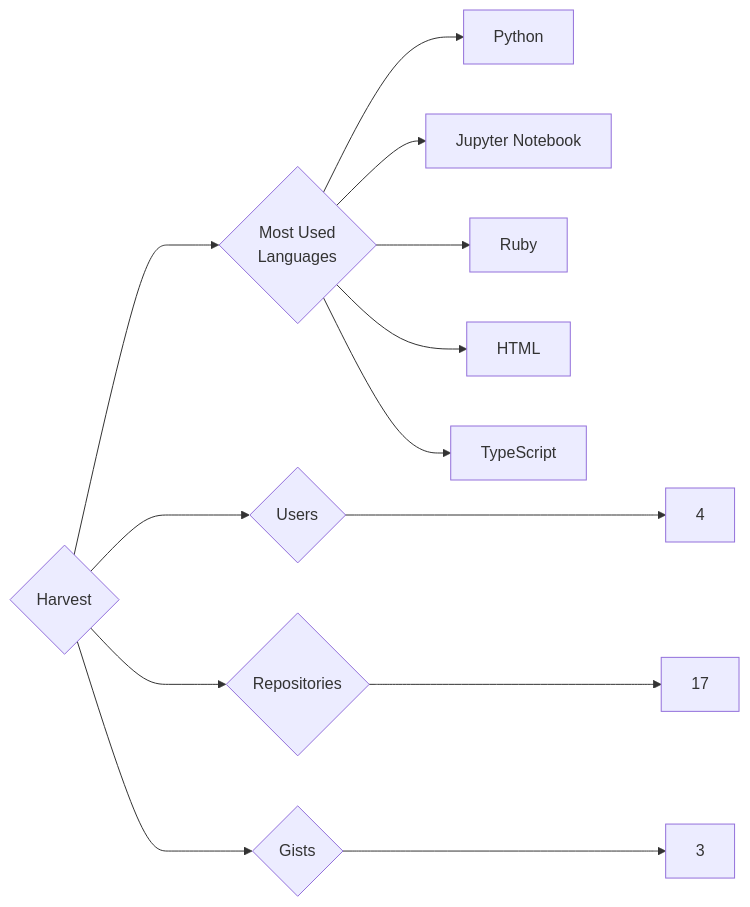
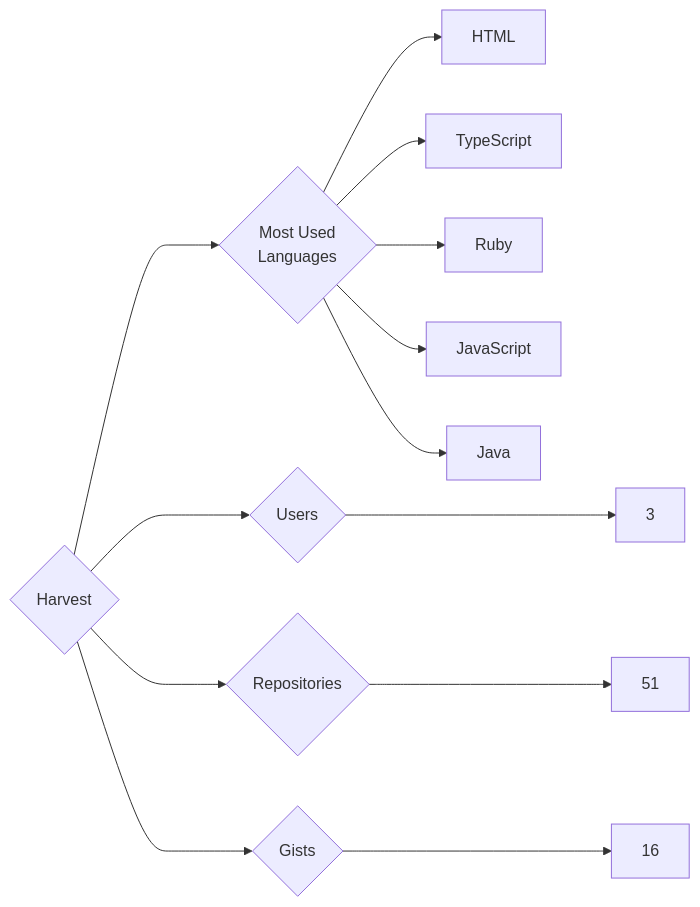
One commit to trickest/insiders changed the diagram in targets/Harvest/README.md. Above: the diagram before and after it, drawn with Mermaid. The commit also changed 880 other files, not shown here.

````diff
--- a/targets/Harvest/README.md
+++ b/targets/Harvest/README.md
@@ -3,13 +3,13 @@
 ```mermaid
 graph LR
 COMPANY_NAME{Harvest}
-COMPANY_NAME ---> U{Users} ---> UN[4]
-COMPANY_NAME ---> R{Repositories} ---> RN[17]
-COMPANY_NAME ---> G{Gists} ---> GN[3]
+COMPANY_NAME ---> U{Users} ---> UN[3]
+COMPANY_NAME ---> R{Repositories} ---> RN[51]
+COMPANY_NAME ---> G{Gists} ---> GN[16]
 COMPANY_NAME ---> ML{Most Used<br>Languages}
-ML --> Python[Python]
-ML --> Jupyter_Notebook[Jupyter Notebook]
-ML --> Ruby[Ruby]
 ML --> HTML[HTML]
 ML --> TypeScript[TypeScript]
+ML --> Ruby[Ruby]
+ML --> JavaScript[JavaScript]
+ML --> Java[Java]
 ```
````
